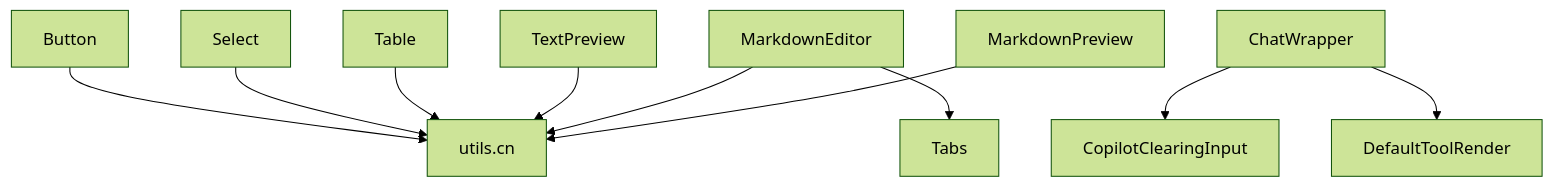
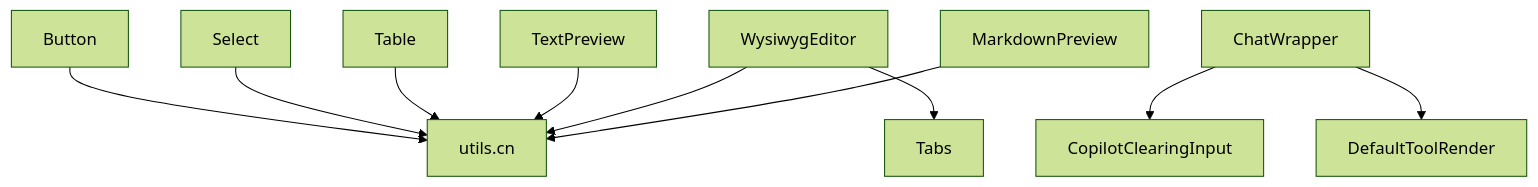
Before and after one commit to peixuanhu/goal-mate: the second of 17 diagrams in .qoder/repowiki/en/content/UI Components/UI Components.md, drawn with Mermaid (forest theme). The commit also changed other lines of this file and 5 other files, not shown here.

First line of the commit message:
refactor(ui): replace MarkdownEditor with enhanced WysiwygEditor component

````diff
--- a/.qoder/repowiki/en/content/UI Components/UI Components.md
+++ b/.qoder/repowiki/en/content/UI Components/UI Components.md
@@ -237,23 +234,23 @@
 ```mermaid
 graph TB
 CN["utils.cn"]
 BTN["Button"]
 SEL["Select"]
 TAB["Table"]
 TXT["TextPreview"]
-MED["MarkdownEditor"]
+WED["WysiwygEditor"]
 MPV["MarkdownPreview"]
-TBS["Tabs"]
+TB["Tabs"]
 CHAT["ChatWrapper"]
 INPUT["CopilotClearingInput"]
 TOOL["DefaultToolRender"]
 BTN --> CN
 SEL --> CN
 TAB --> CN
 TXT --> CN
-MED --> CN
-MED --> TBS
+WED --> CN
+WED --> TB
 MPV --> CN
 CHAT --> INPUT
 CHAT --> TOOL
 ```
````
